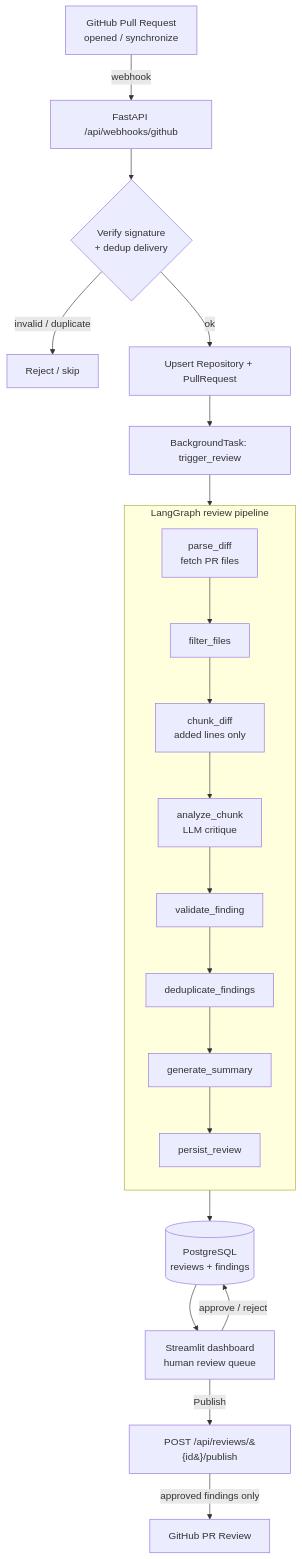
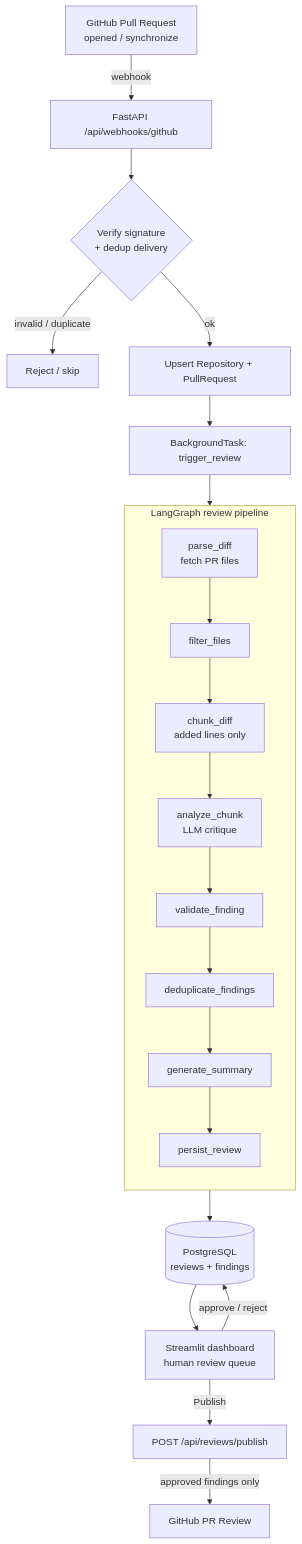
Before and after one commit to Taruntripathii/code-review: the diagram in README.md, drawn with Mermaid. The commit also changed other lines of this file, not shown here.

Commit message:
Fix Mermaid parse error by escaping the curly braces in the publish node label

````diff
--- a/README.md
+++ b/README.md
@@ -46,26 +46,26 @@
 ```mermaid
 flowchart TD
     A[GitHub Pull Request<br/>opened / synchronize] -->|webhook| B[FastAPI /api/webhooks/github]
     B --> C{Verify signature<br/>+ dedup delivery}
     C -->|invalid / duplicate| Z[Reject / skip]
     C -->|ok| D[Upsert Repository + PullRequest]
     D --> E[BackgroundTask: trigger_review]
 
     subgraph P[LangGraph review pipeline]
         direction TB
         F[parse_diff<br/>fetch PR files] --> G[filter_files]
         G --> H[chunk_diff<br/>added lines only]
         H --> I[analyze_chunk<br/>LLM critique]
         I --> J[validate_finding]
         J --> K[deduplicate_findings]
         K --> L[generate_summary]
         L --> M[persist_review]
     end
 
     E --> P
     M --> N[(PostgreSQL<br/>reviews + findings)]
     N --> O[Streamlit dashboard<br/>human review queue]
     O -->|approve / reject| N
-    O -->|Publish| Q[POST /api/reviews/&#123;id&#125;/publish]
+    O -->|Publish| Q["POST /api/reviews/publish"]
     Q -->|approved findings only| R[GitHub PR Review]
 ```
````
